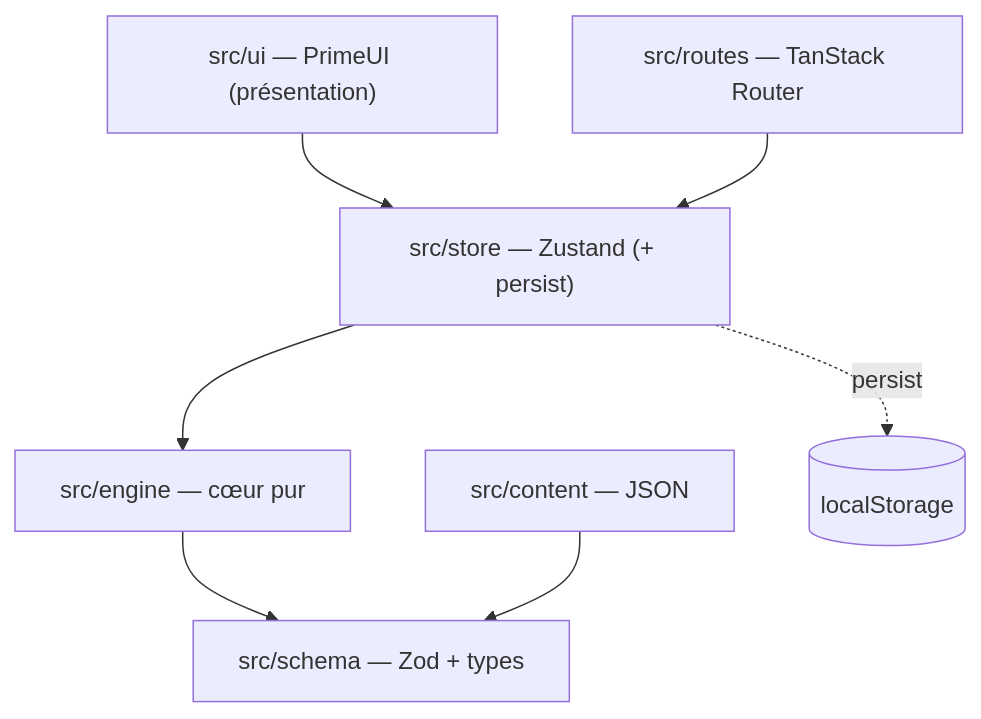
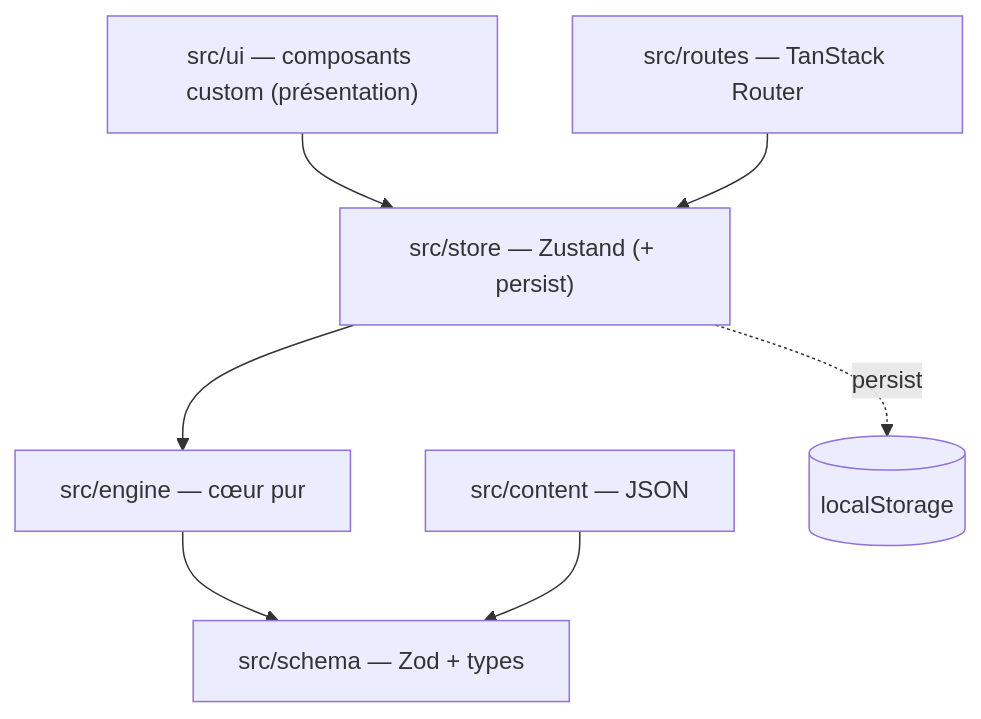
The first of 2 diagrams in _bmad-output/planning-artifacts/architecture/architecture-mma_choice-2026-07-27/ARCHITECTURE-SPINE.md (Erwann20/mma-choice), drawn with Mermaid before and after one commit. The commit also changed other lines of this file and 6 other files, not shown here.

First line of the commit message:
fix(ui): drop PrimeReact 11 (license banner) — go custom-component

````diff
--- a/_bmad-output/planning-artifacts/architecture/architecture-mma_choice-2026-07-27/ARCHITECTURE-SPINE.md
+++ b/_bmad-output/planning-artifacts/architecture/architecture-mma_choice-2026-07-27/ARCHITECTURE-SPINE.md
@@ -28,9 +28,9 @@
 ```mermaid
 graph TD
-    UI["src/ui — PrimeUI (présentation)"] --> STORE
+    UI["src/ui — composants custom (présentation)"] --> STORE
     ROUTES["src/routes — TanStack Router"] --> STORE
     STORE["src/store — Zustand (+ persist)"] --> ENGINE
     ENGINE["src/engine — cœur pur"] --> SCHEMA
     CONTENT["src/content — JSON"] --> SCHEMA["src/schema — Zod + types"]
     STORE -.persist.-> LS[("localStorage")]
 ```
````
